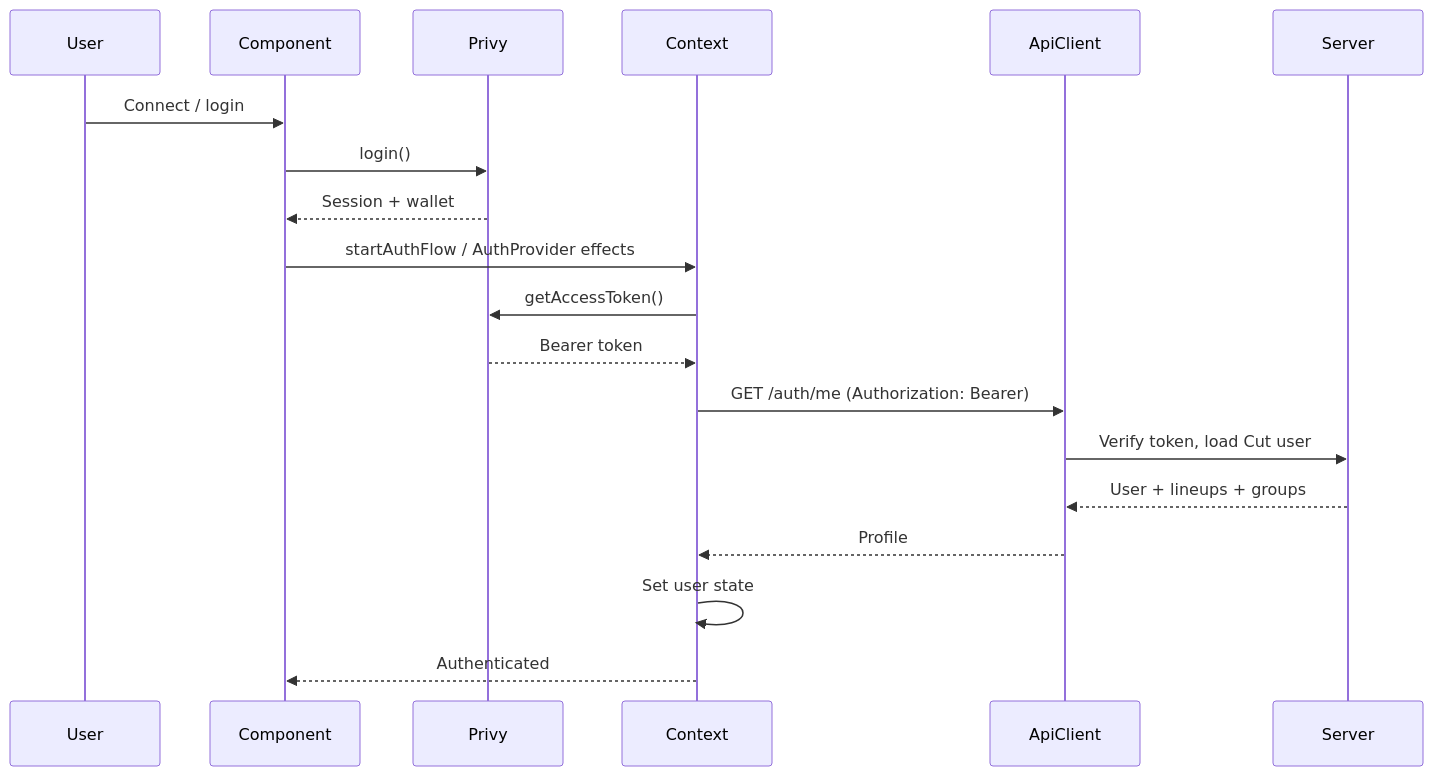
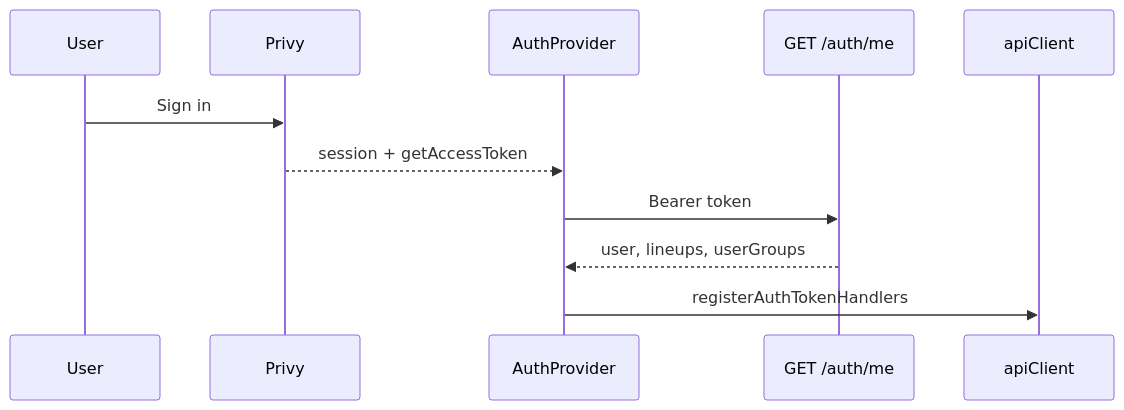
Before and after one commit to MagRelo/cut: the fourth of 4 diagrams in spec/client/data-flow.md, drawn with Mermaid. The commit also changed other lines of this file and 214 other files, not shown here.

First line of the commit message:
Refactor platform architecture and enhance contest functionality

````diff
--- a/spec/client/data-flow.md
+++ b/spec/client/data-flow.md
@@ -144,22 +127,13 @@
 ```mermaid
 sequenceDiagram
-    participant User
-    participant Component
-    participant Privy
-    participant Context
-    participant ApiClient
-    participant Server
-    
-    User->>Component: Connect / login
-    Component->>Privy: login()
-    Privy-->>Component: Session + wallet
-    Component->>Context: startAuthFlow / AuthProvider effects
-    Context->>Privy: getAccessToken()
-    Privy-->>Context: Bearer token
-    Context->>ApiClient: GET /auth/me (Authorization: Bearer)
-    ApiClient->>Server: Verify token, load Cut user
-    Server-->>ApiClient: User + lineups + groups
-    ApiClient-->>Context: Profile
-    Context->>Context: Set user state
-    Context-->>Component: Authenticated
+  participant User
+  participant Privy
+  participant Auth as AuthProvider
+  participant API as GET /auth/me
+
+  User->>Privy: Sign in
+  Privy-->>Auth: session + getAccessToken
+  Auth->>API: Bearer token
+  API-->>Auth: user, lineups, userGroups
+  Auth->>apiClient: registerAuthTokenHandlers
 ```
````
